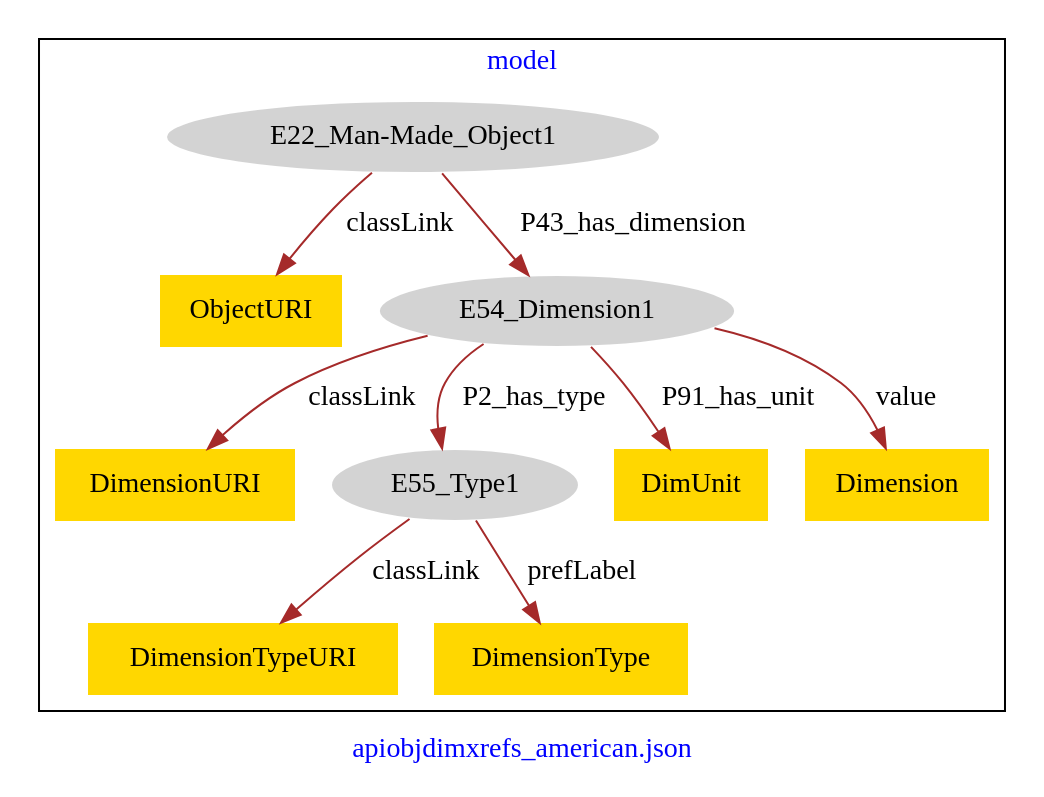
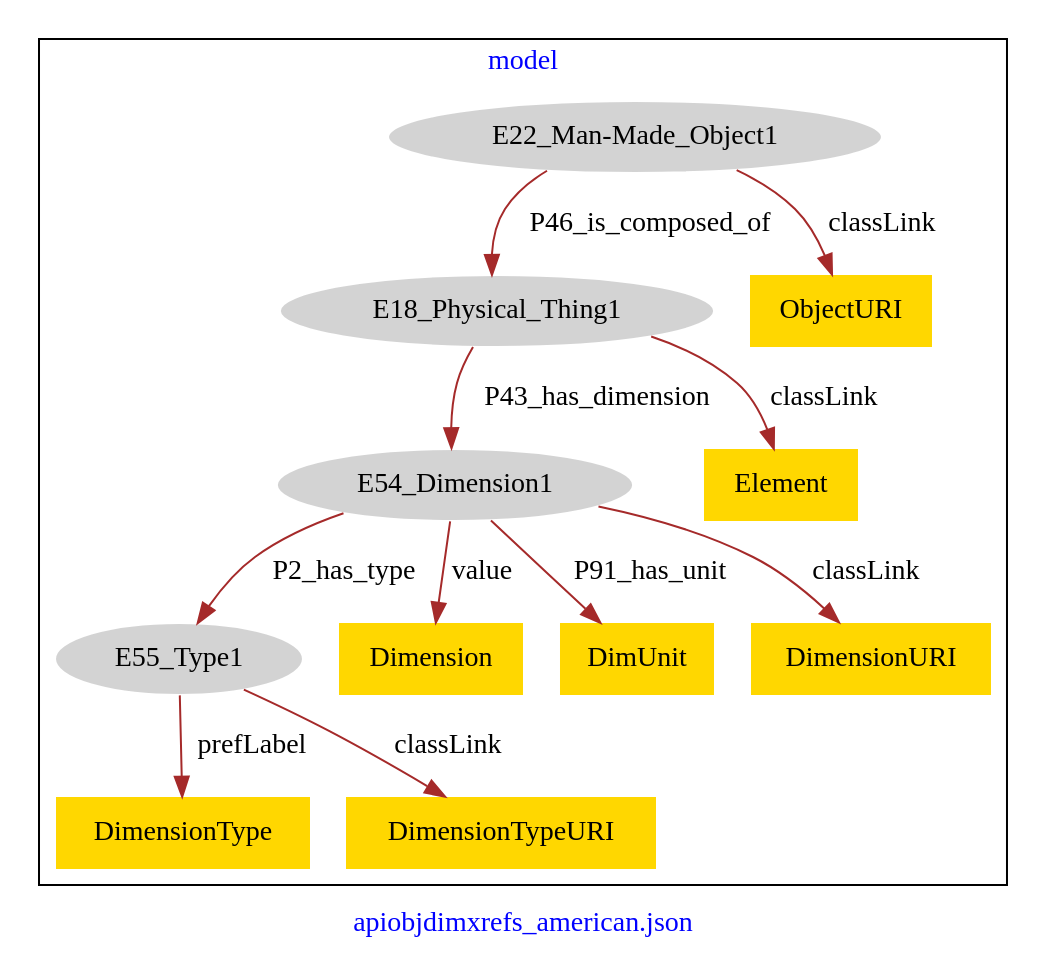
One commit to american-art/PUAM changed the diagram in apiobjdimxrefs_american/apiobjdimxrefs_american-model.dot. Above: the diagram before and after it, drawn with Graphviz.

Commit message:
Update file apiobjdimxrefs_american-model.dot

```diff
--- a/apiobjdimxrefs_american/apiobjdimxrefs_american-model.dot
+++ b/apiobjdimxrefs_american/apiobjdimxrefs_american-model.dot
@@ -1,25 +1,29 @@
 digraph n0 {
 fontcolor="blue"
 remincross="true"
 label="apiobjdimxrefs_american.json"
 subgraph cluster {
 label="model"
-n2[style="filled",color="white",fillcolor="lightgray",label="E22_Man-Made_Object1"];
-n3[shape="plaintext",style="filled",fillcolor="gold",label="ObjectURI"];
-n4[style="filled",color="white",fillcolor="lightgray",label="E54_Dimension1"];
-n5[shape="plaintext",style="filled",fillcolor="gold",label="DimensionURI"];
-n6[style="filled",color="white",fillcolor="lightgray",label="E55_Type1"];
+n2[style="filled",color="white",fillcolor="lightgray",label="E18_Physical_Thing1"];
+n3[style="filled",color="white",fillcolor="lightgray",label="E54_Dimension1"];
+n4[style="filled",color="white",fillcolor="lightgray",label="E22_Man-Made_Object1"];
+n5[style="filled",color="white",fillcolor="lightgray",label="E55_Type1"];
+n6[shape="plaintext",style="filled",fillcolor="gold",label="Dimension"];
 n7[shape="plaintext",style="filled",fillcolor="gold",label="DimUnit"];
-n8[shape="plaintext",style="filled",fillcolor="gold",label="Dimension"];
-n9[shape="plaintext",style="filled",fillcolor="gold",label="DimensionTypeURI"];
-n10[shape="plaintext",style="filled",fillcolor="gold",label="DimensionType"];
+n8[shape="plaintext",style="filled",fillcolor="gold",label="DimensionType"];
+n9[shape="plaintext",style="filled",fillcolor="gold",label="DimensionURI"];
+n10[shape="plaintext",style="filled",fillcolor="gold",label="Element"];
+n11[shape="plaintext",style="filled",fillcolor="gold",label="DimensionTypeURI"];
+n12[shape="plaintext",style="filled",fillcolor="gold",label="ObjectURI"];
 }
-n2 -> n3[color="brown",fontcolor="black",label="classLink"]
-n2 -> n4[color="brown",fontcolor="black",label="P43_has_dimension"]
-n4 -> n5[color="brown",fontcolor="black",label="classLink"]
-n4 -> n6[color="brown",fontcolor="black",label="P2_has_type"]
-n4 -> n7[color="brown",fontcolor="black",label="P91_has_unit"]
-n4 -> n8[color="brown",fontcolor="black",label="value"]
-n6 -> n9[color="brown",fontcolor="black",label="classLink"]
-n6 -> n10[color="brown",fontcolor="black",label="prefLabel"]
+n2 -> n3[color="brown",fontcolor="black",label="P43_has_dimension"]
+n4 -> n2[color="brown",fontcolor="black",label="P46_is_composed_of"]
+n3 -> n5[color="brown",fontcolor="black",label="P2_has_type"]
+n3 -> n6[color="brown",fontcolor="black",label="value"]
+n3 -> n7[color="brown",fontcolor="black",label="P91_has_unit"]
+n5 -> n8[color="brown",fontcolor="black",label="prefLabel"]
+n3 -> n9[color="brown",fontcolor="black",label="classLink"]
+n2 -> n10[color="brown",fontcolor="black",label="classLink"]
+n5 -> n11[color="brown",fontcolor="black",label="classLink"]
+n4 -> n12[color="brown",fontcolor="black",label="classLink"]
 }
```
